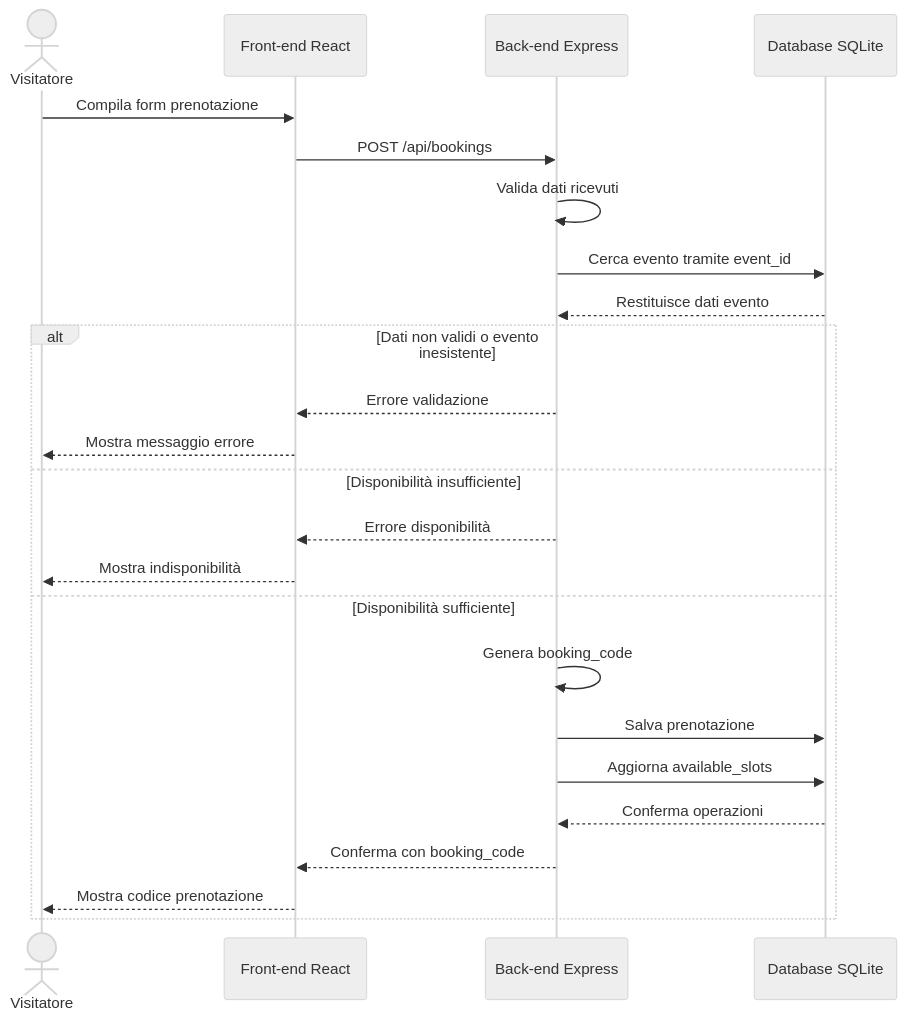
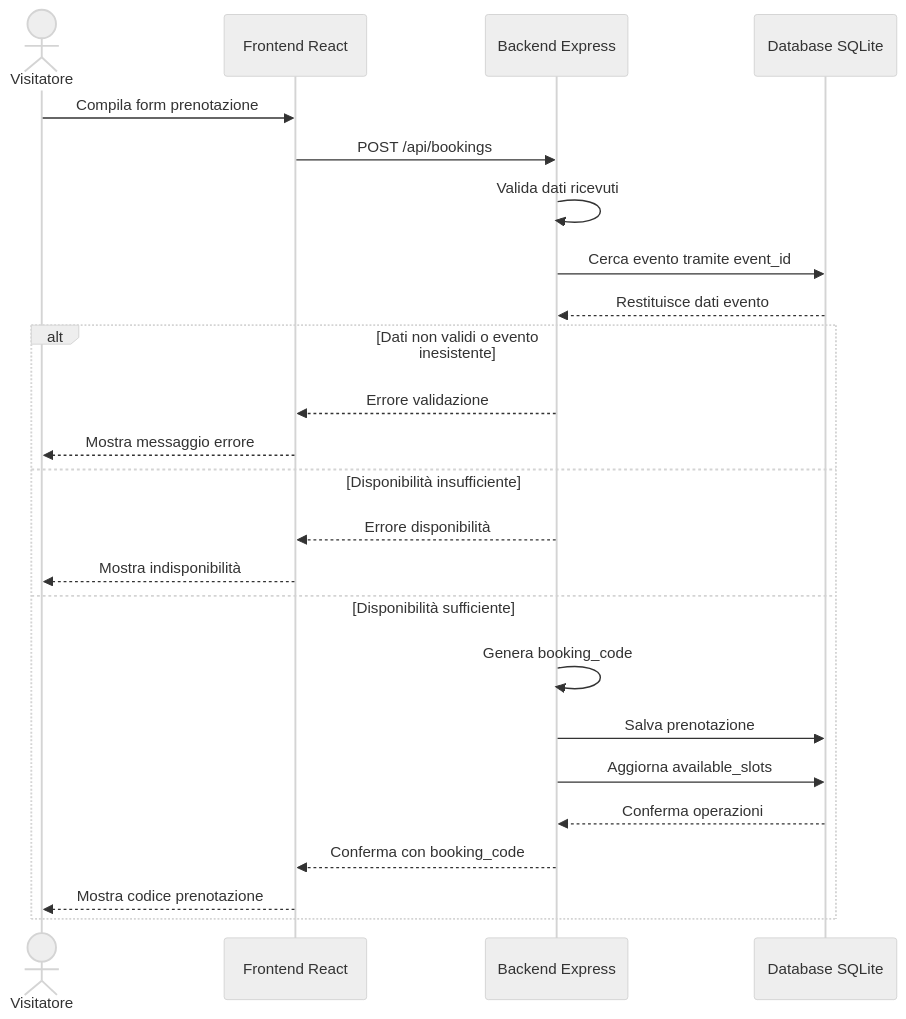
The diagram in docs/diagrams/sequence-prenotazione.md (RobertoCastelli/museo-hub), drawn with Mermaid (neutral theme) before and after one commit. The commit also changed 17 other files, not shown here.

````diff
--- a/docs/diagrams/sequence-prenotazione.md
+++ b/docs/diagrams/sequence-prenotazione.md
@@ -8,28 +8,28 @@
 ```mermaid
 sequenceDiagram
     actor V as Visitatore
-    participant FE as Front-end React
-    participant BE as Back-end Express
+    participant FE as Frontend React
+    participant BE as Backend Express
     participant DB as Database SQLite
 
     V->>FE: Compila form prenotazione
     FE->>BE: POST /api/bookings
     BE->>BE: Valida dati ricevuti
     BE->>DB: Cerca evento tramite event_id
     DB-->>BE: Restituisce dati evento
 
     alt Dati non validi o evento inesistente
         BE-->>FE: Errore validazione
         FE-->>V: Mostra messaggio errore
     else Disponibilità insufficiente
         BE-->>FE: Errore disponibilità
         FE-->>V: Mostra indisponibilità
     else Disponibilità sufficiente
         BE->>BE: Genera booking_code
         BE->>DB: Salva prenotazione
         BE->>DB: Aggiorna available_slots
         DB-->>BE: Conferma operazioni
         BE-->>FE: Conferma con booking_code
         FE-->>V: Mostra codice prenotazione
     end
 ```
````
